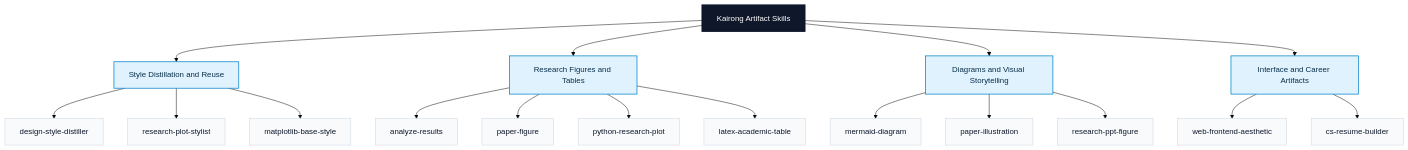
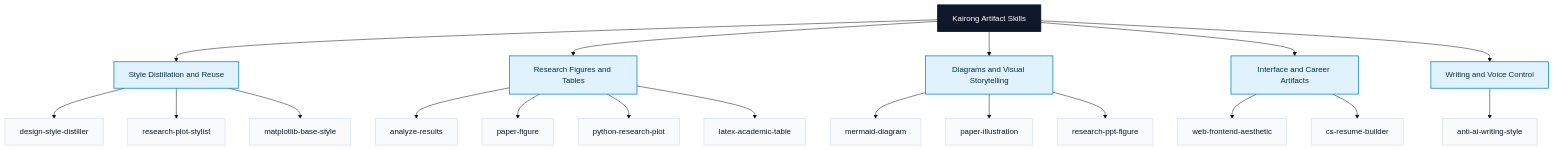
The diagram in README.md (LKRCharon/kairong-skills), drawn with Mermaid (base theme) before and after one commit. The commit also changed other lines of this file and 4 other files, not shown here.

Commit message:
feat: add anti ai writing style skill

````diff
--- a/README.md
+++ b/README.md
@@ -67,33 +67,35 @@
 ```mermaid
 flowchart TD
     K["Kairong Artifact Skills"]
 
     K --> A["Style Distillation and Reuse"]
     K --> B["Research Figures and Tables"]
     K --> C["Diagrams and Visual Storytelling"]
     K --> D["Interface and Career Artifacts"]
+    K --> E["Writing and Voice Control"]
 
     A --> A1["design-style-distiller"]
     A --> A2["research-plot-stylist"]
     A --> A3["matplotlib-base-style"]
 
     B --> B1["analyze-results"]
     B --> B2["paper-figure"]
     B --> B3["python-research-plot"]
     B --> B4["latex-academic-table"]
 
     C --> C1["mermaid-diagram"]
     C --> C2["paper-illustration"]
     C --> C3["research-ppt-figure"]
 
     D --> D1["web-frontend-aesthetic"]
     D --> D2["cs-resume-builder"]
+    E --> E1["anti-ai-writing-style"]
 
     classDef root fill:#0f172a,stroke:#0f172a,color:#ffffff,stroke-width:2px;
     classDef group fill:#e0f2fe,stroke:#0284c7,color:#082f49,stroke-width:1.5px;
     classDef skill fill:#f8fafc,stroke:#cbd5e1,color:#0f172a,stroke-width:1px;
 
     class K root;
-    class A,B,C,D group;
-    class A1,A2,A3,B1,B2,B3,B4,C1,C2,C3,D1,D2 skill;
+    class A,B,C,D,E group;
+    class A1,A2,A3,B1,B2,B3,B4,C1,C2,C3,D1,D2,E1 skill;
 ```
````
